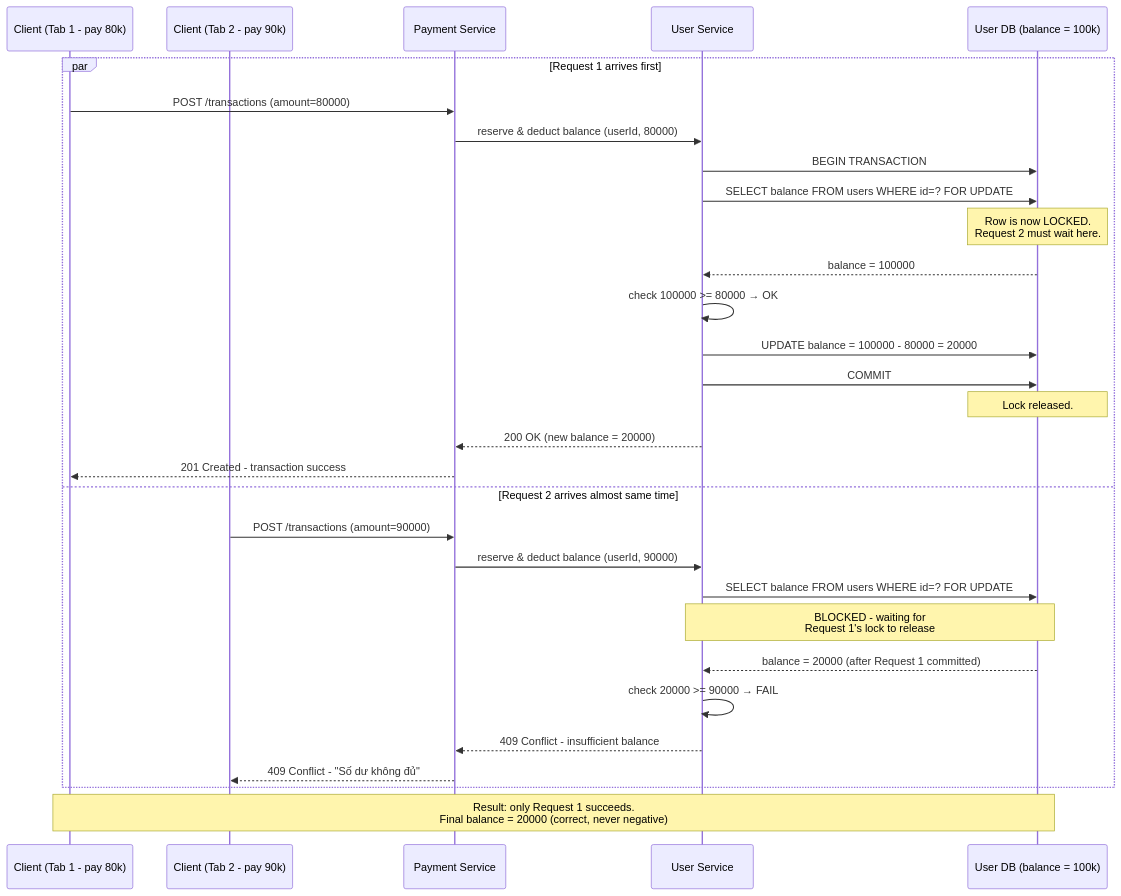
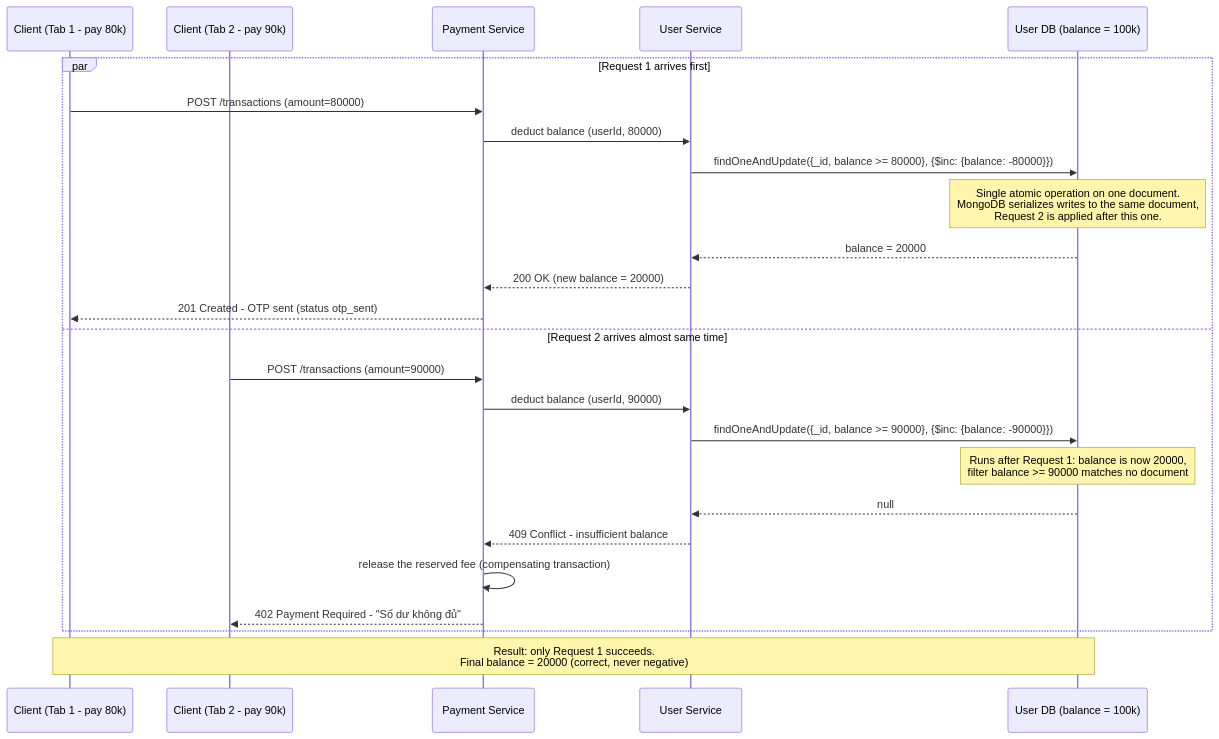
One commit to anle2072006/iBanking changed the diagram in docs/diagrams/sequence_scenario_a.mermaid. Above: the diagram before and after it, drawn with Mermaid. The commit also changed 6 other files, not shown here.

```diff
--- a/docs/diagrams/sequence_scenario_a.mermaid
+++ b/docs/diagrams/sequence_scenario_a.mermaid
@@ -1,32 +1,27 @@
 sequenceDiagram
     participant C1 as Client (Tab 1 - pay 80k)
     participant C2 as Client (Tab 2 - pay 90k)
     participant PS as Payment Service
     participant US as User Service
     participant DB as User DB (balance = 100k)
 
     par Request 1 arrives first
         C1->>PS: POST /transactions (amount=80000)
-        PS->>US: reserve & deduct balance (userId, 80000)
-        US->>DB: BEGIN TRANSACTION
-        US->>DB: SELECT balance FROM users WHERE id=? FOR UPDATE
-        Note over DB: Row is now LOCKED.<br/>Request 2 must wait here.
-        DB-->>US: balance = 100000
-        US->>US: check 100000 >= 80000 → OK
-        US->>DB: UPDATE balance = 100000 - 80000 = 20000
-        US->>DB: COMMIT
-        Note over DB: Lock released.
+        PS->>US: deduct balance (userId, 80000)
+        US->>DB: findOneAndUpdate({_id, balance >= 80000}, {$inc: {balance: -80000}})
+        Note over DB: Single atomic operation on one document.<br/>MongoDB serializes writes to the same document,<br/>Request 2 is applied after this one.
+        DB-->>US: balance = 20000
         US-->>PS: 200 OK (new balance = 20000)
-        PS-->>C1: 201 Created - transaction success
+        PS-->>C1: 201 Created - OTP sent (status otp_sent)
     and Request 2 arrives almost same time
         C2->>PS: POST /transactions (amount=90000)
-        PS->>US: reserve & deduct balance (userId, 90000)
-        US->>DB: SELECT balance FROM users WHERE id=? FOR UPDATE
-        Note over US,DB: BLOCKED - waiting for<br/>Request 1's lock to release
-        DB-->>US: balance = 20000 (after Request 1 committed)
-        US->>US: check 20000 >= 90000 → FAIL
+        PS->>US: deduct balance (userId, 90000)
+        US->>DB: findOneAndUpdate({_id, balance >= 90000}, {$inc: {balance: -90000}})
+        Note over DB: Runs after Request 1: balance is now 20000,<br/>filter balance >= 90000 matches no document
+        DB-->>US: null
         US-->>PS: 409 Conflict - insufficient balance
-        PS-->>C2: 409 Conflict - "Số dư không đủ"
+        PS->>PS: release the reserved fee (compensating transaction)
+        PS-->>C2: 402 Payment Required - "Số dư không đủ"
     end
 
     Note over C1,DB: Result: only Request 1 succeeds.<br/>Final balance = 20000 (correct, never negative)
```
